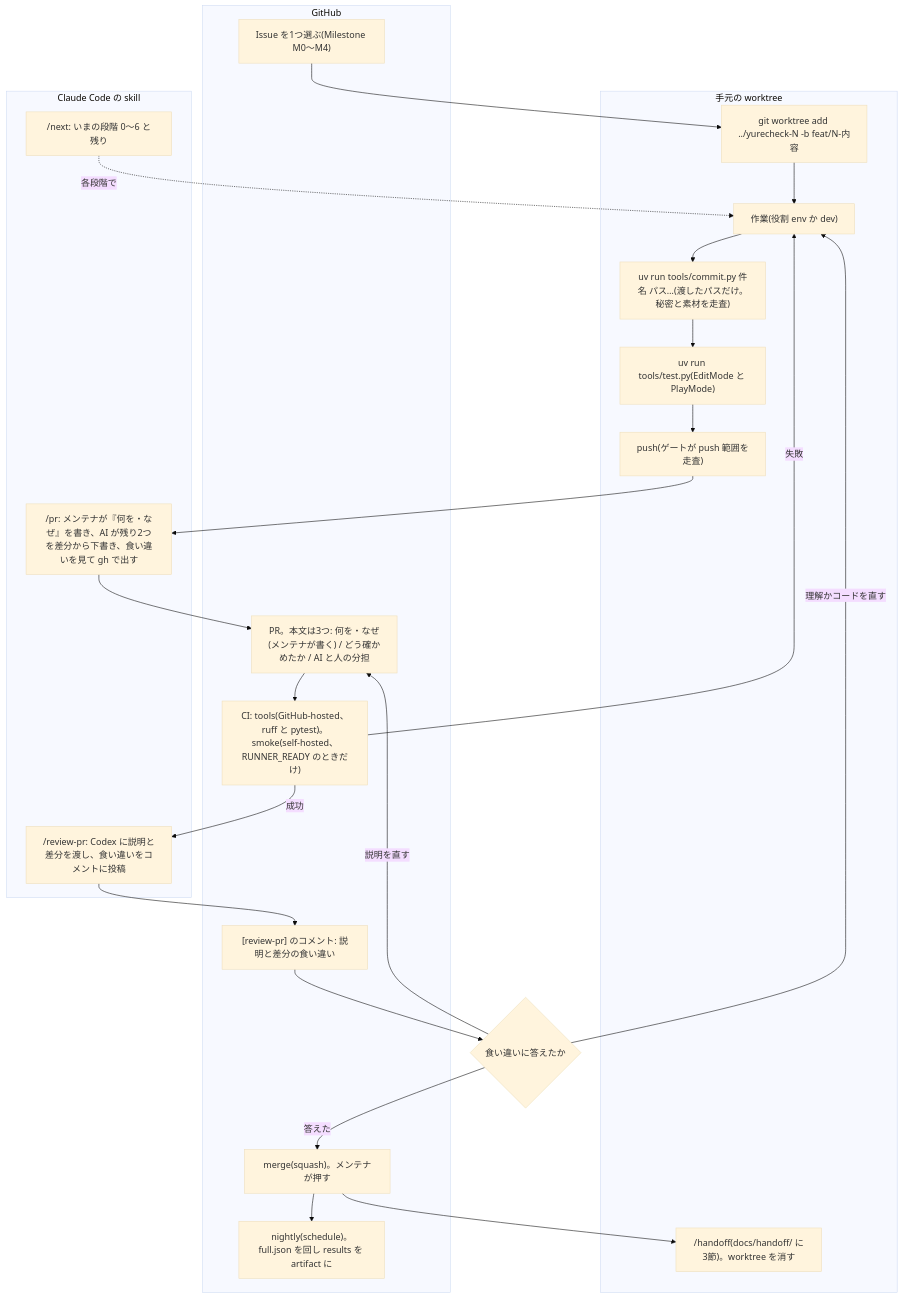
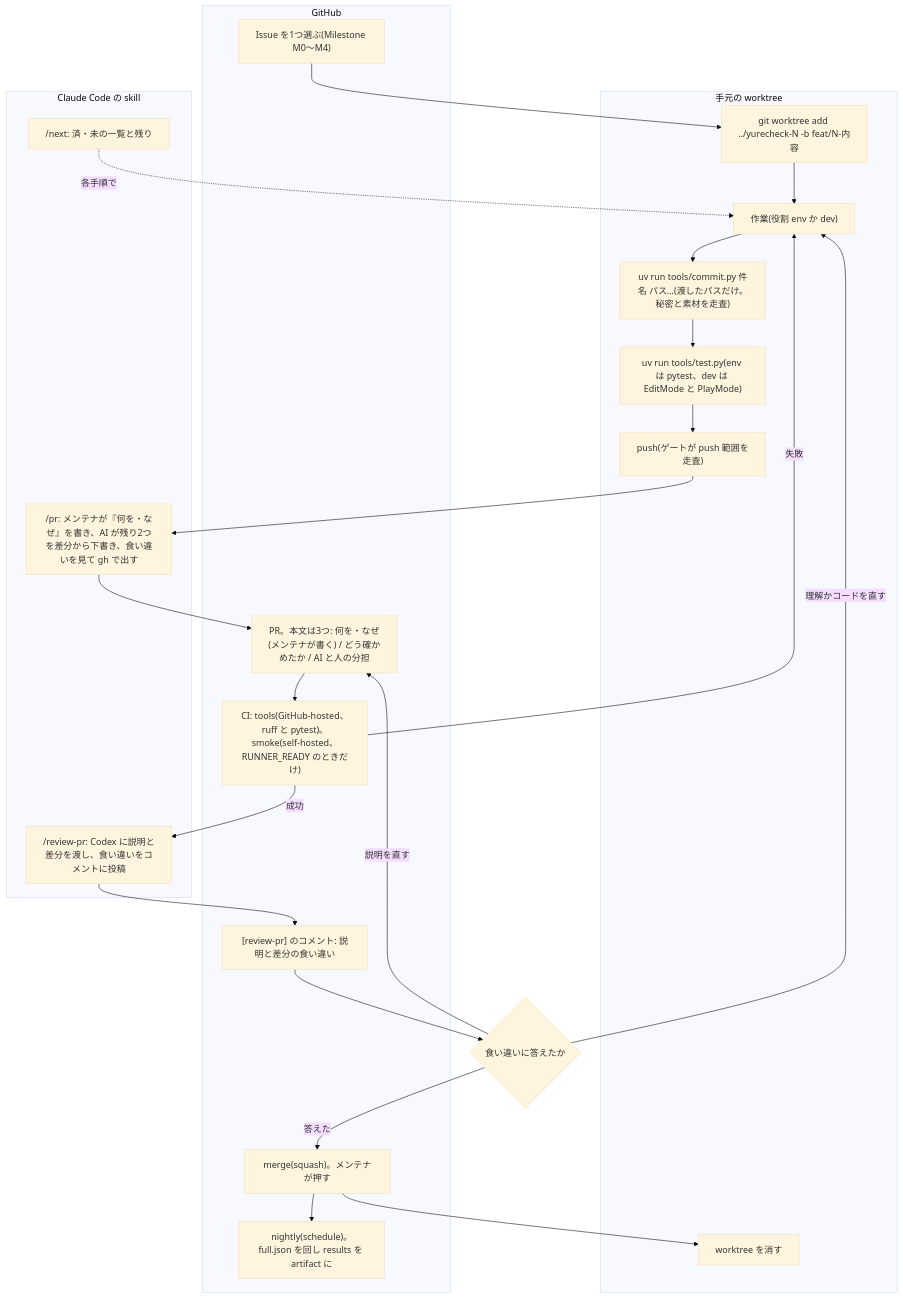
Before and after one commit to hiroki-furuta-dev/yurecheck: the diagram in docs/ops/WORKFLOW.md, drawn with Mermaid (base theme). The commit also changed other lines of this file and 11 other files, not shown here.

````diff
--- a/docs/ops/WORKFLOW.md
+++ b/docs/ops/WORKFLOW.md
@@ -7,32 +7,32 @@
 ```mermaid
 flowchart TD
   subgraph GH["GitHub"]
     I["Issue を1つ選ぶ(Milestone M0〜M4)"]
     PR["PR。本文は3つ: 何を・なぜ(メンテナが書く) / どう確かめたか / AI と人の分担"]
     CI["CI: tools(GitHub-hosted、ruff と pytest)。smoke(self-hosted、RUNNER_READY のときだけ)"]
     RC["[review-pr] のコメント: 説明と差分の食い違い"]
     M["merge(squash)。メンテナが押す"]
     N["nightly(schedule)。full.json を回し results を artifact に"]
   end
   subgraph L["手元の worktree"]
     B["git worktree add ../yurecheck-N -b feat/N-内容"]
     W["作業(役割 env か dev)"]
     C["uv run tools/commit.py 件名 パス…(渡したパスだけ。秘密と素材を走査)"]
-    T["uv run tools/test.py(EditMode と PlayMode)"]
+    T["uv run tools/test.py(env は pytest、dev は EditMode と PlayMode)"]
     P["push(ゲートが push 範囲を走査)"]
-    HO["/handoff(docs/handoff/ に3節)。worktree を消す"]
+    WD["worktree を消す"]
   end
   subgraph S["Claude Code の skill"]
     PRS["/pr: メンテナが『何を・なぜ』を書き、AI が残り2つを差分から下書き、食い違いを見て gh で出す"]
     RV["/review-pr: Codex に説明と差分を渡し、食い違いをコメントに投稿"]
-    NX["/next: いまの段階 0〜6 と残り"]
+    NX["/next: 済・未の一覧と残り"]
   end
   I --> B --> W --> C --> T --> P --> PRS --> PR --> CI
   CI -->|失敗| W
   CI -->|成功| RV --> RC --> A{"食い違いに答えたか"}
   A -->|説明を直す| PR
   A -->|理解かコードを直す| W
-  A -->|答えた| M --> HO
+  A -->|答えた| M --> WD
   M --> N
-  NX -.->|各段階で| W
+  NX -.->|各手順で| W
 ```
````
